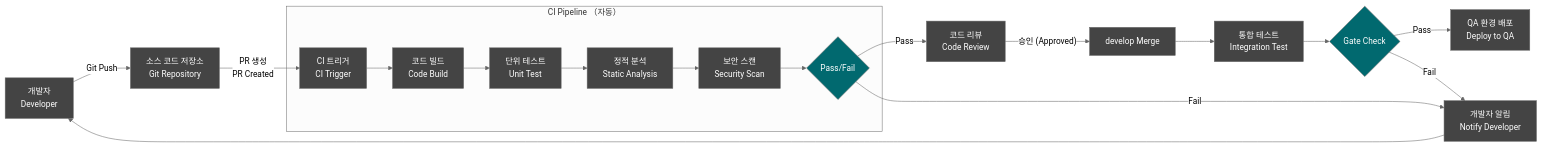
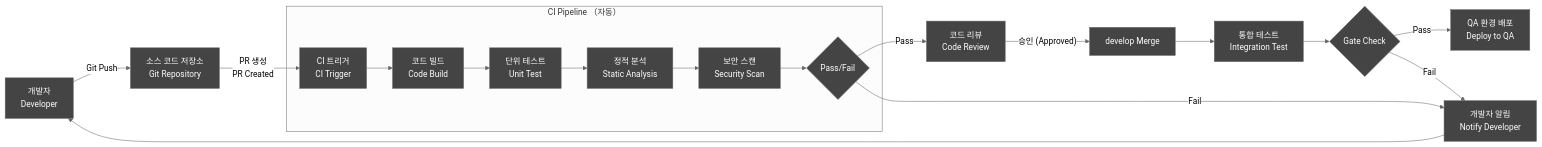
Before and after one commit to holee9/console-gui: the eighth of 15 diagrams in docs/management/DOC-003a_SW_Development_Procedure_v1.0.md, drawn with Mermaid (neutral theme). The commit also changed other lines of this file and 35 other files, not shown here.

First line of the commit message:
fix: 전체 Mermaid 차트 색상 진한 회색 통일

````diff
--- a/docs/management/DOC-003a_SW_Development_Procedure_v1.0.md
+++ b/docs/management/DOC-003a_SW_Development_Procedure_v1.0.md
@@ -807,27 +807,27 @@
 ```mermaid
 flowchart LR
     classDef default fill:#444,stroke:#666,color:#fff
     DEV["개발자\nDeveloper"] -->|"Git Push"| A["소스 코드 저장소\nGit Repository"]
     A -->|"PR 생성\nPR Created"| B["CI 트리거\nCI Trigger"]
     
     subgraph CI["CI Pipeline （자동）"]
         B --> C["코드 빌드\nCode Build"]
         C --> D["단위 테스트\nUnit Test"]
         D --> E["정적 분석\nStatic Analysis"]
         E --> F["보안 스캔\nSecurity Scan"]
         F --> G{Pass/Fail}
     end
     
     G -->|Pass| H["코드 리뷰\nCode Review"]
     G -->|Fail| I["개발자 알림\nNotify Developer"]
     I --> DEV
     
     H -->|"승인 (Approved)"| J["develop Merge"]
     J --> K["통합 테스트\nIntegration Test"]
     K --> L{Gate Check}
     L -->|Pass| M["QA 환경 배포\nDeploy to QA"]
     L -->|Fail| I
 
-    style G fill:#01696F,color:#fff
-    style L fill:#01696F,color:#fff
+    style G fill:#444,color:#fff
+    style L fill:#444,color:#fff
 ```
````
